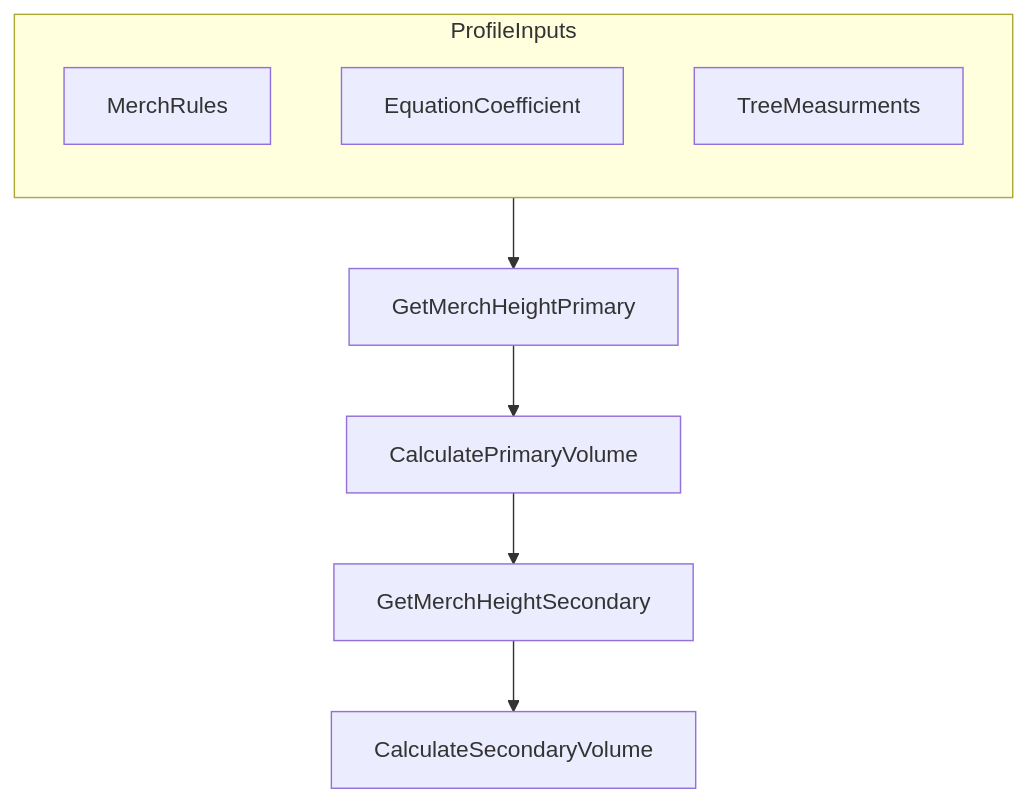
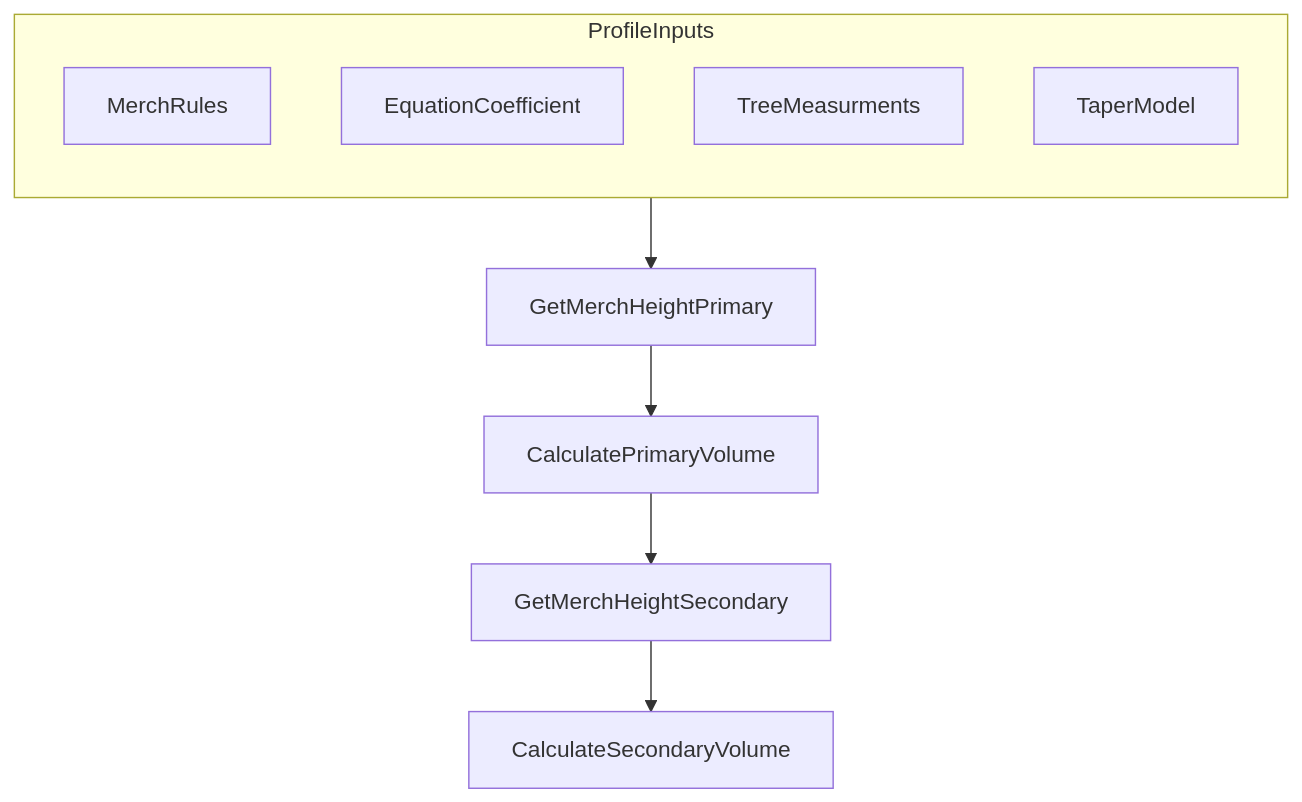
One commit to FMSC-Measurements/VolumeLibrary changed the second of 6 diagrams in docs/NewVolLibPlanning/VolumeCalulationFlow.md. Above: the diagram before and after it, drawn with Mermaid. The commit also changed other lines of this file and 1 other file, not shown here.

````diff
--- a/docs/NewVolLibPlanning/VolumeCalulationFlow.md
+++ b/docs/NewVolLibPlanning/VolumeCalulationFlow.md
@@ -29,13 +30,14 @@
 ```mermaid
 flowchart TB
     ProfileInputs -->
             GetMerchHeightPrimary --> CalculatePrimaryVolume --> GetMerchHeightSecondary --> CalculateSecondaryVolume
 
     subgraph ProfileInputs
             direction TB
             MerchRules
             EquationCoefficient
             TreeMeasurments
+            TaperModel
             end
             
 ```
````
